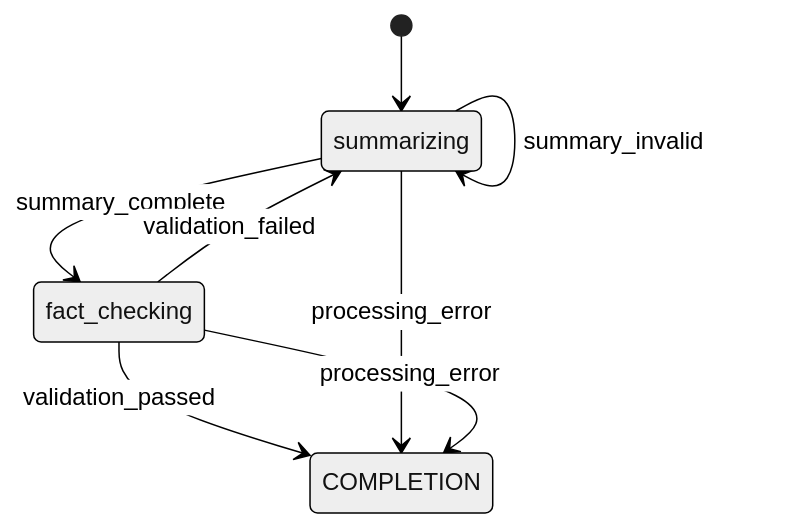
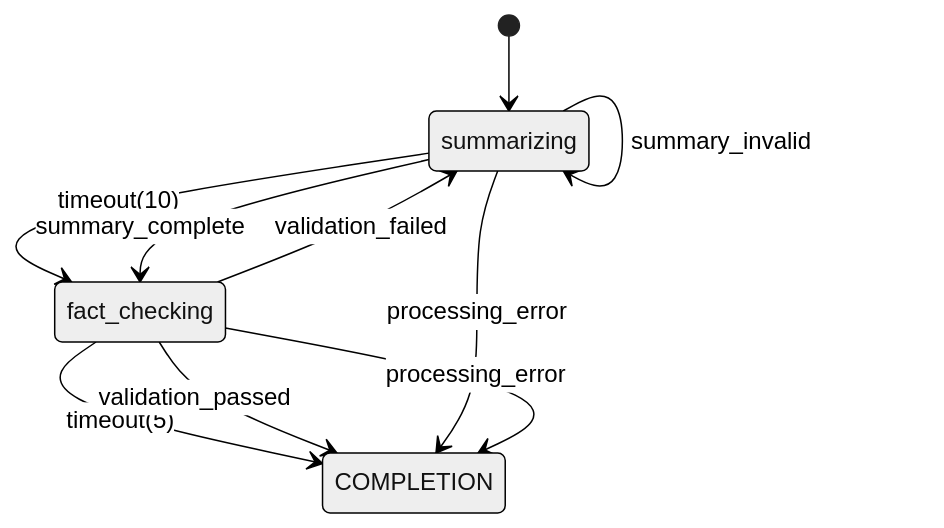
One commit to sheikkinen/statemachine-engine changed the diagram in docs/fsm-diagrams/patient_records/PROCESSING.mermaid. Above: the diagram before and after it, drawn with Mermaid (neutral theme). The commit also changed 20 other files, not shown here.

```diff
--- a/docs/fsm-diagrams/patient_records/PROCESSING.mermaid
+++ b/docs/fsm-diagrams/patient_records/PROCESSING.mermaid
@@ -1,17 +1,20 @@
 stateDiagram-v2
     %% Detailed view of PROCESSING
 
     [*] --> summarizing
 
     %% Internal transitions
+    summarizing --> fact_checking : timeout(10)
     summarizing --> fact_checking : summary_complete
     summarizing --> summarizing : summary_invalid
     fact_checking --> summarizing : validation_failed
 
     %% External composites
+    state IDLE
     state COMPLETION
 
     %% Transitions to other composites
+    fact_checking --> COMPLETION : timeout(5)
     fact_checking --> COMPLETION : validation_passed
     summarizing --> COMPLETION : processing_error
     fact_checking --> COMPLETION : processing_error
```
